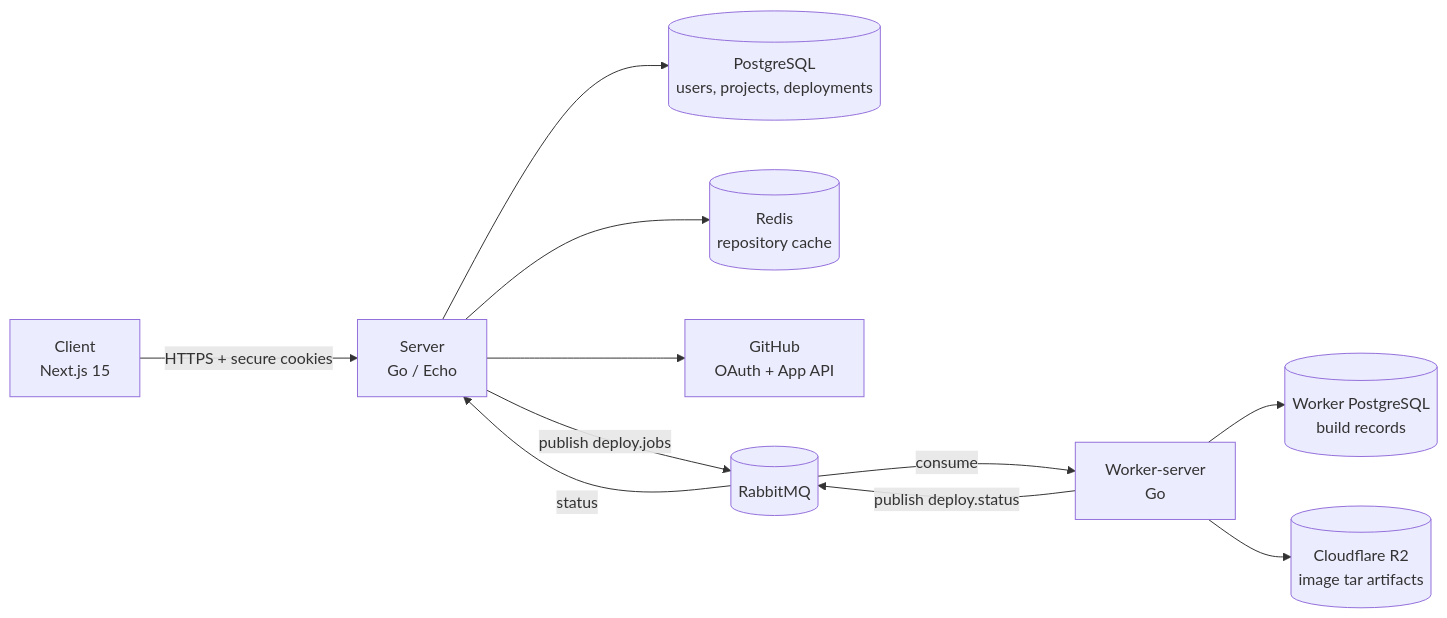
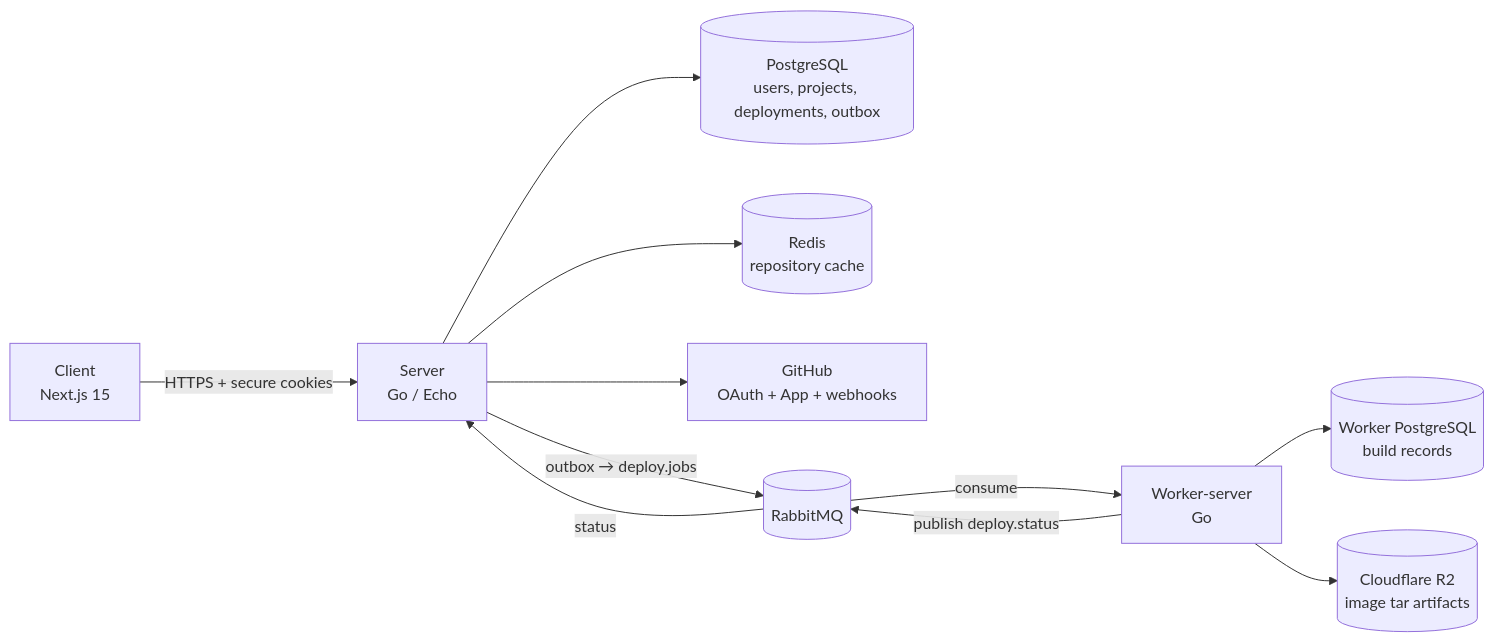
Before and after one commit to Parth06102006/Zero-Devops: the first of 4 diagrams in README.md, drawn with Mermaid. The commit also changed other lines of this file and 2 other files, not shown here.

````diff
--- a/README.md
+++ b/README.md
@@ -57,13 +57,13 @@
 ```mermaid
 flowchart LR
     Browser["Client<br/>Next.js 15"] -->|"HTTPS + secure cookies"| API["Server<br/>Go / Echo"]
-    API --> PG[("PostgreSQL<br/>users, projects, deployments")]
+    API --> PG[("PostgreSQL<br/>users, projects, deployments, outbox")]
     API --> Redis[("Redis<br/>repository cache")]
-    API --> GitHub["GitHub<br/>OAuth + App API"]
-    API -->|"publish deploy.jobs"| MQ[("RabbitMQ")]
+    API --> GitHub["GitHub<br/>OAuth + App + webhooks"]
+    API -->|"outbox → deploy.jobs"| MQ[("RabbitMQ")]
     MQ -->|"consume"| Worker["Worker-server<br/>Go"]
     Worker -->|"publish deploy.status"| MQ
     MQ -->|"status"| API
     Worker --> WorkerPG[("Worker PostgreSQL<br/>build records")]
     Worker --> R2[("Cloudflare R2<br/>image tar artifacts")]
 ```
````
